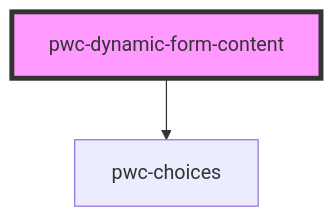
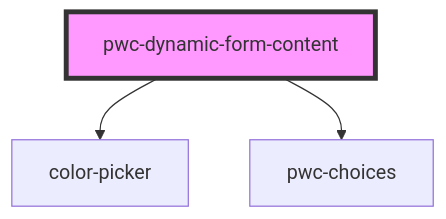
Before and after one commit to Paraboly/pwc-dynamic-form: the diagram in src/components/pwc-dynamic-form-content/readme.md, drawn with Mermaid. The commit also changed other lines of this file and 8 other files, not shown here.

````diff
--- a/src/components/pwc-dynamic-form-content/readme.md
+++ b/src/components/pwc-dynamic-form-content/readme.md
@@ -29,5 +30,6 @@
 ```mermaid
 graph TD;
+  pwc-dynamic-form-content --> color-picker
   pwc-dynamic-form-content --> pwc-choices
   style pwc-dynamic-form-content fill:#f9f,stroke:#333,stroke-width:4px
 ```
````
